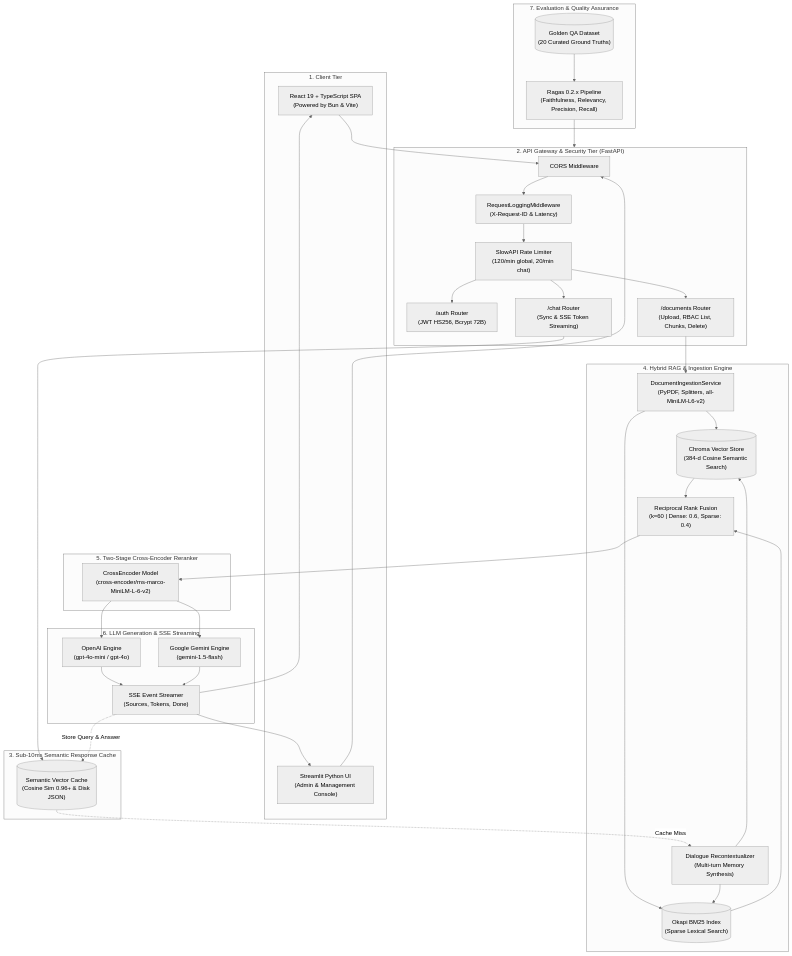
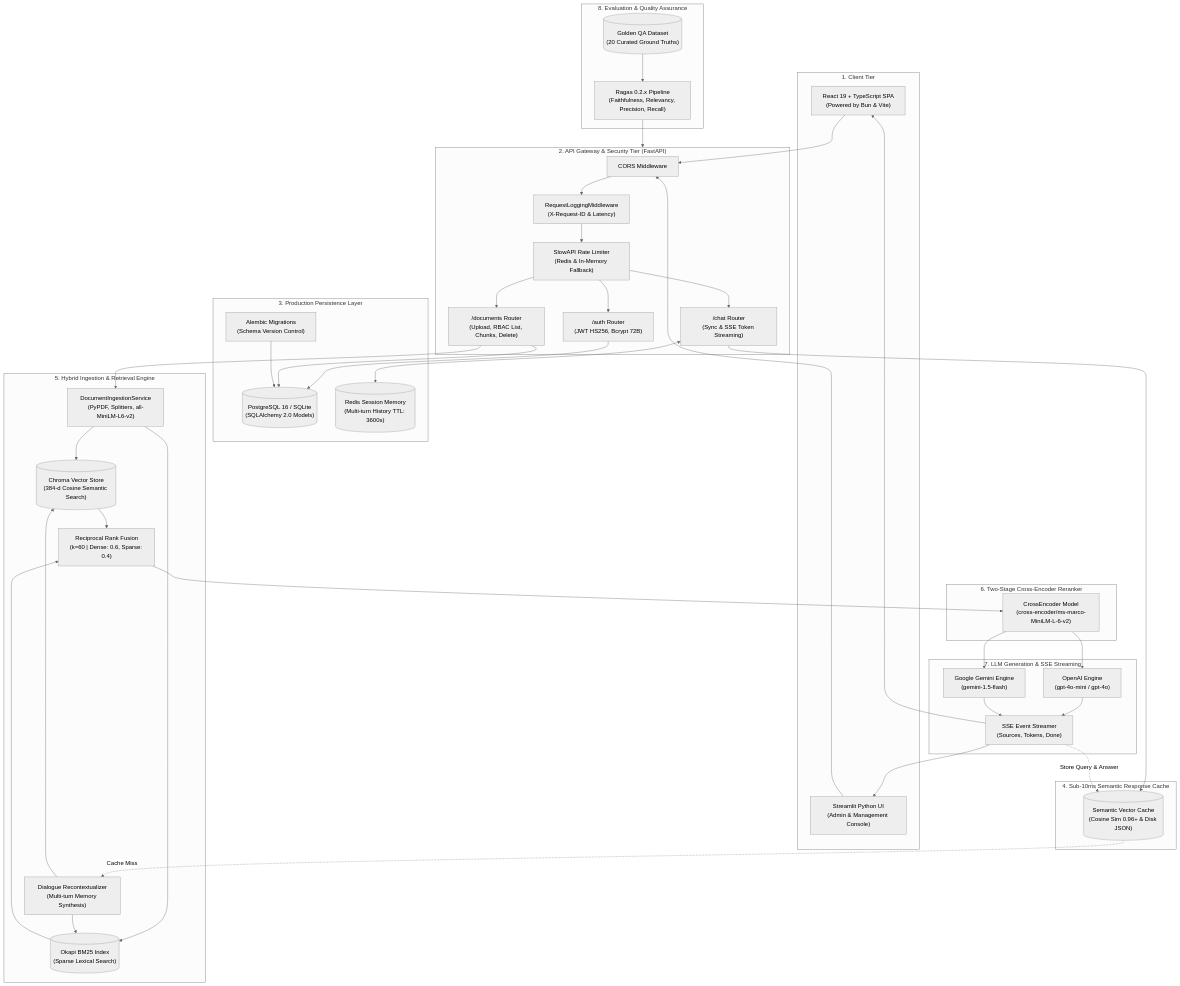
The first of 3 diagrams in ARCHITECTURE.md (faizan-7890/SecureRAG), drawn with Mermaid (neutral theme) before and after one commit. The commit also changed other lines of this file and 1 other file, not shown here.

Commit message:
docs: update architecture specification v3 and project feature inventory

```diff
--- a/ARCHITECTURE.md
+++ b/ARCHITECTURE.md
@@ -23,19 +23,26 @@
     subgraph APITier ["2. API Gateway & Security Tier (FastAPI)"]
         CORS["CORS Middleware"]
         Logging["RequestLoggingMiddleware<br/>(X-Request-ID & Latency)"]
-        RateLimiter["SlowAPI Rate Limiter<br/>(120/min global, 20/min chat)"]
+        RateLimiter["SlowAPI Rate Limiter<br/>(Redis & In-Memory Fallback)"]
         AuthRouter["/auth Router<br/>(JWT HS256, Bcrypt 72B)"]
         DocRouter["/documents Router<br/>(Upload, RBAC List, Chunks, Delete)"]
         ChatRouter["/chat Router<br/>(Sync & SSE Token Streaming)"]
     end
 
-    %% ── 3. Semantic Cache Tier ──
-    subgraph CacheTier ["3. Sub-10ms Semantic Response Cache"]
+    %% ── 3. Persistence Tier ──
+    subgraph PersistenceTier ["3. Production Persistence Layer"]
+        PostgresDB[("PostgreSQL 16 / SQLite<br/>(SQLAlchemy 2.0 Models)")]
+        AlembicMgr["Alembic Migrations<br/>(Schema Version Control)"]
+        RedisStore[("Redis Session Memory<br/>(Multi-turn History TTL: 3600s)")]
+    end
+
+    %% ── 4. Semantic Cache Tier ──
+    subgraph CacheTier ["4. Sub-10ms Semantic Response Cache"]
         SemCache[("Semantic Vector Cache<br/>(Cosine Sim 0.96+ & Disk JSON)")]
     end
 
-    %% ── 4. Hybrid Ingestion & Retrieval Engine ──
-    subgraph RAGCore ["4. Hybrid RAG & Ingestion Engine"]
+    %% ── 5. Hybrid Ingestion & Retrieval Engine ──
+    subgraph RAGCore ["5. Hybrid Ingestion & Retrieval Engine"]
         Ingestion["DocumentIngestionService<br/>(PyPDF, Splitters, all-MiniLM-L6-v2)"]
         DenseStore[("Chroma Vector Store<br/>(384-d Cosine Semantic Search)")]
         SparseStore[("Okapi BM25 Index<br/>(Sparse Lexical Search)")]
@@ -43,20 +50,20 @@
         Recontext["Dialogue Recontextualizer<br/>(Multi-turn Memory Synthesis)"]
     end
 
-    %% ── 5. Two-Stage Reranker Tier ──
-    subgraph RerankTier ["5. Two-Stage Cross-Encoder Reranker"]
+    %% ── 6. Two-Stage Reranker Tier ──
+    subgraph RerankTier ["6. Two-Stage Cross-Encoder Reranker"]
         CrossEncoder["CrossEncoder Model<br/>(cross-encoder/ms-marco-MiniLM-L-6-v2)"]
     end
 
-    %% ── 6. LLM Generation Tier ──
-    subgraph LLMTier ["6. LLM Generation & SSE Streaming"]
+    %% ── 7. LLM Generation Tier ──
+    subgraph LLMTier ["7. LLM Generation & SSE Streaming"]
         OpenAIProvider["OpenAI Engine<br/>(gpt-4o-mini / gpt-4o)"]
         GeminiProvider["Google Gemini Engine<br/>(gemini-1.5-flash)"]
         SSEGen["SSE Event Streamer<br/>(Sources, Tokens, Done)"]
     end
 
-    %% ── 7. Evaluation Tier ──
-    subgraph EvalTier ["7. Evaluation & Quality Assurance"]
+    %% ── 8. Evaluation Tier ──
+    subgraph EvalTier ["8. Evaluation & Quality Assurance"]
         Ragas["Ragas 0.2.x Pipeline<br/>(Faithfulness, Relevancy, Precision, Recall)"]
         GoldenDS[("Golden QA Dataset<br/>(20 Curated Ground Truths)")]
     end
@@ -70,11 +77,16 @@
     RateLimiter --> DocRouter
     RateLimiter --> ChatRouter
 
+    AuthRouter --> PostgresDB
+    DocRouter --> PostgresDB
+    AlembicMgr --> PostgresDB
+
     DocRouter --> Ingestion
     Ingestion --> DenseStore
     Ingestion --> SparseStore
 
     ChatRouter --> SemCache
+    ChatRouter <--> RedisStore
     SemCache -.->|Cache Miss| Recontext
     Recontext --> DenseStore
     Recontext --> SparseStore
```
